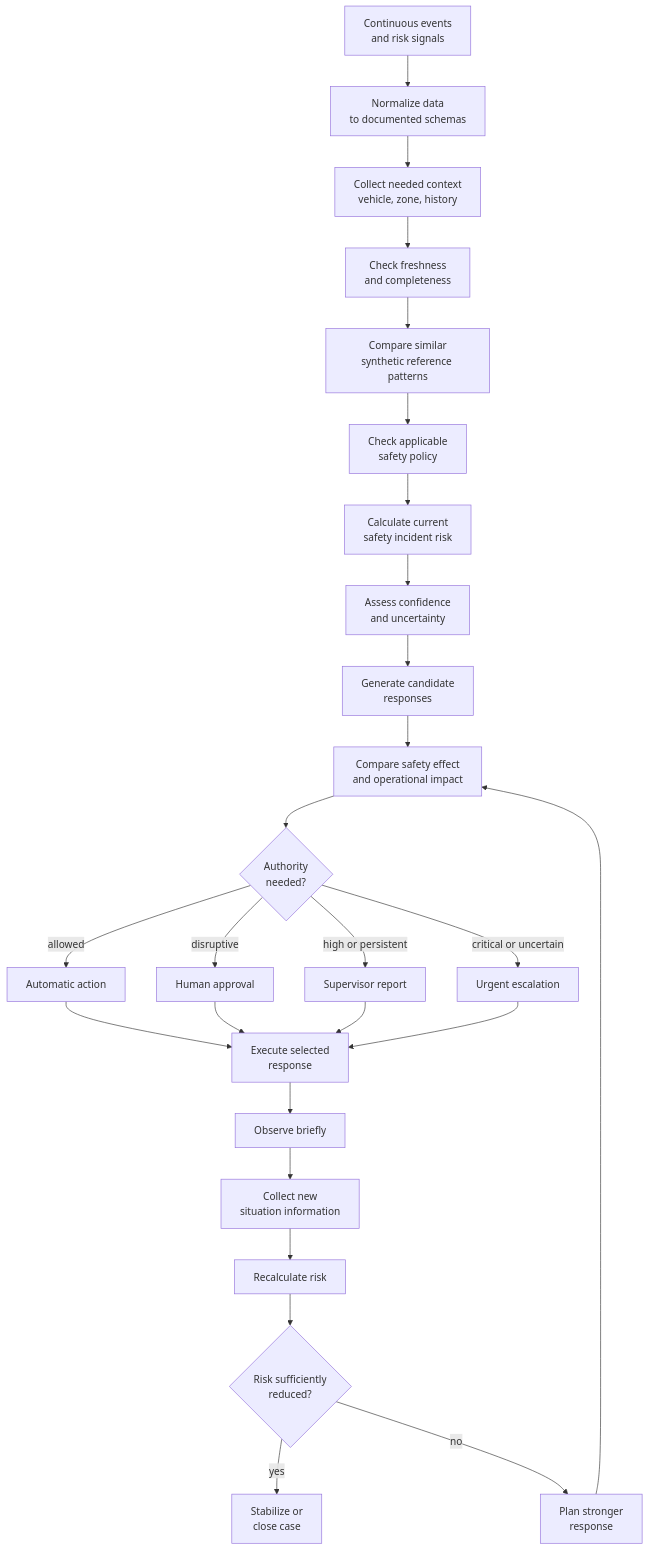
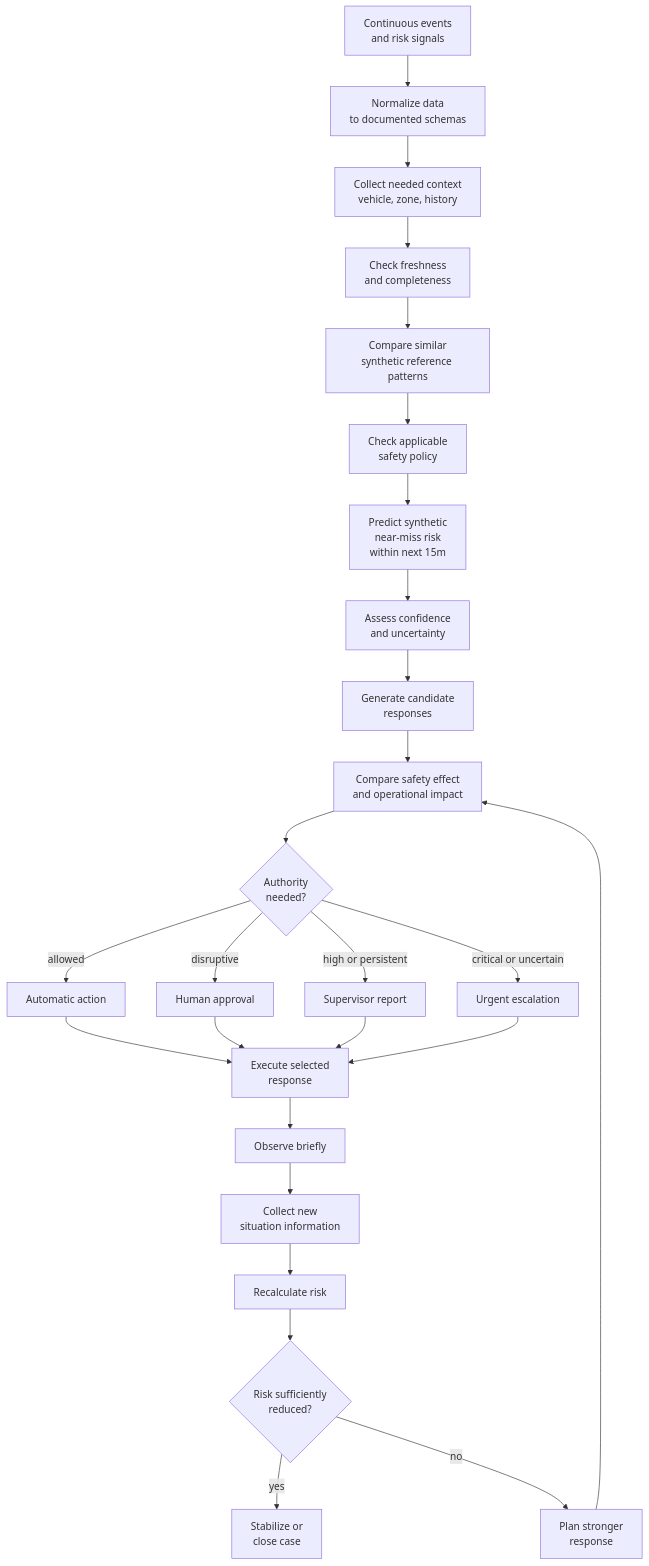
The third of 5 diagrams in docs/design.md (juneha1120/nearguard), drawn with Mermaid before and after one commit. The commit also changed other lines of this file and 19 other files, not shown here.

First line of the commit message:
Shift NearGuard to telemetry forecast safety model

````diff
--- a/docs/design.md
+++ b/docs/design.md
@@ -121,39 +122,39 @@
 ```mermaid
 flowchart TB
     Intake[Continuous events<br/>and risk signals]
     Normalize[Normalize data<br/>to documented schemas]
     Collect[Collect needed context<br/>vehicle, zone, history]
     Freshness[Check freshness<br/>and completeness]
     Patterns[Compare similar<br/>synthetic reference patterns]
     PolicyLookup[Check applicable<br/>safety policy]
-    Predict[Calculate current<br/>safety incident risk]
+    Predict[Predict synthetic<br/>near-miss risk<br/>within next 15m]
     Confidence[Assess confidence<br/>and uncertainty]
     Options[Generate candidate<br/>responses]
     Compare[Compare safety effect<br/>and operational impact]
     Authority{Authority<br/>needed?}
     Auto[Automatic action]
     Approval[Human approval]
     Report[Supervisor report]
     Urgent[Urgent escalation]
     Execute[Execute selected<br/>response]
     Observe[Observe briefly]
     Update[Collect new<br/>situation information]
     Recalc[Recalculate risk]
     Reduced{Risk sufficiently<br/>reduced?}
     Close[Stabilize or<br/>close case]
     Stronger[Plan stronger<br/>response]
 
     Intake --> Normalize --> Collect --> Freshness --> Patterns --> PolicyLookup
     PolicyLookup --> Predict --> Confidence --> Options --> Compare --> Authority
     Authority -->|allowed| Auto
     Authority -->|disruptive| Approval
     Authority -->|high or persistent| Report
     Authority -->|critical or uncertain| Urgent
     Auto --> Execute
     Approval --> Execute
     Report --> Execute
     Urgent --> Execute
     Execute --> Observe --> Update --> Recalc --> Reduced
     Reduced -->|yes| Close
     Reduced -->|no| Stronger --> Compare
 ```
````
